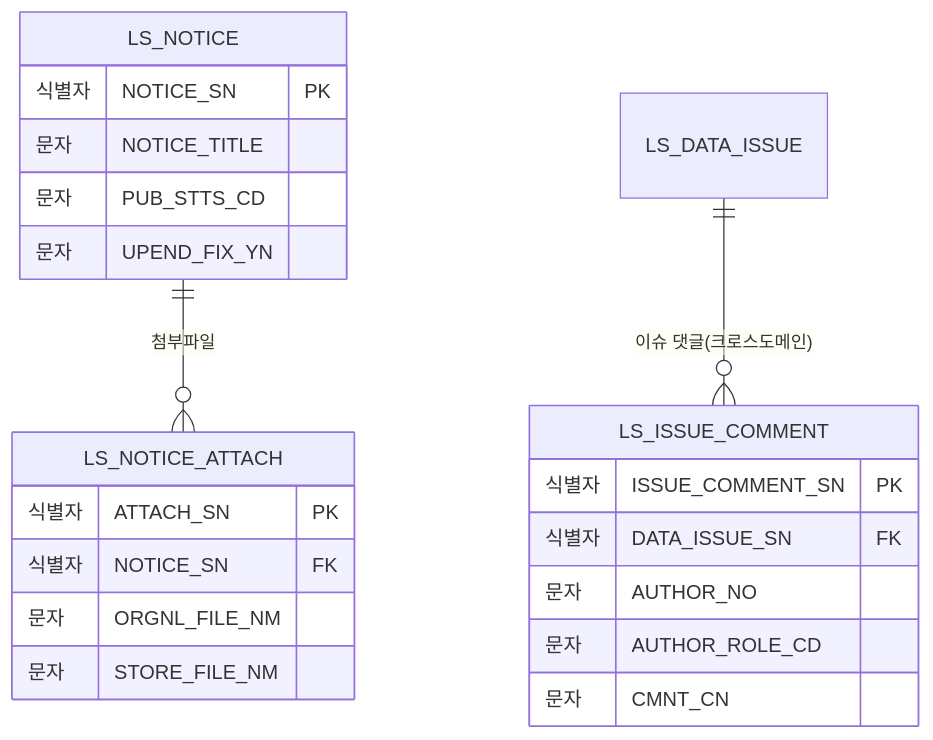
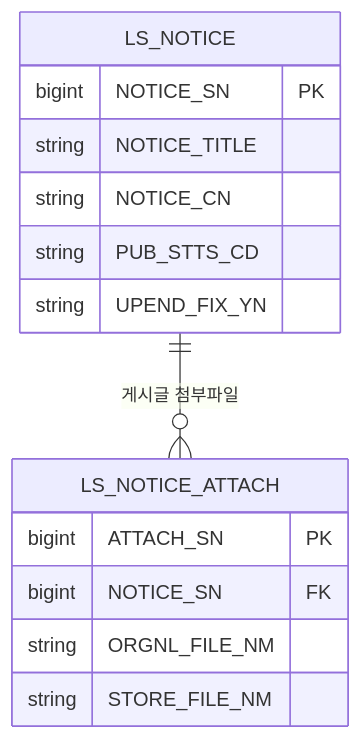
One commit to New-stella/klid-label changed diagram 13 of 14 in docs/design/D8-엔티티관계모형설계서.md. Above: the diagram before and after it, drawn with Mermaid. The commit also changed other lines of this file and 7 other files, not shown here.

````diff
--- a/docs/design/D8-엔티티관계모형설계서.md
+++ b/docs/design/D8-엔티티관계모형설계서.md
@@ -420,24 +415,17 @@
 ```mermaid
 erDiagram
-    LS_NOTICE ||--o{ LS_NOTICE_ATTACH : "첨부파일"
-    LS_DATA_ISSUE ||--o{ LS_ISSUE_COMMENT : "이슈 댓글(크로스도메인)"
+    LS_NOTICE ||--o{ LS_NOTICE_ATTACH : "게시글 첨부파일"
     LS_NOTICE {
-        식별자 NOTICE_SN PK
-        문자 NOTICE_TITLE
-        문자 PUB_STTS_CD
-        문자 UPEND_FIX_YN
+        bigint NOTICE_SN PK
+        string NOTICE_TITLE
+        string NOTICE_CN
+        string PUB_STTS_CD
+        string UPEND_FIX_YN
     }
     LS_NOTICE_ATTACH {
-        식별자 ATTACH_SN PK
-        식별자 NOTICE_SN FK
-        문자 ORGNL_FILE_NM
-        문자 STORE_FILE_NM
-    }
-    LS_ISSUE_COMMENT {
-        식별자 ISSUE_COMMENT_SN PK
-        식별자 DATA_ISSUE_SN FK
-        문자 AUTHOR_NO
-        문자 AUTHOR_ROLE_CD
-        문자 CMNT_CN
+        bigint ATTACH_SN PK
+        bigint NOTICE_SN FK
+        string ORGNL_FILE_NM
+        string STORE_FILE_NM
     }
 ```
````
